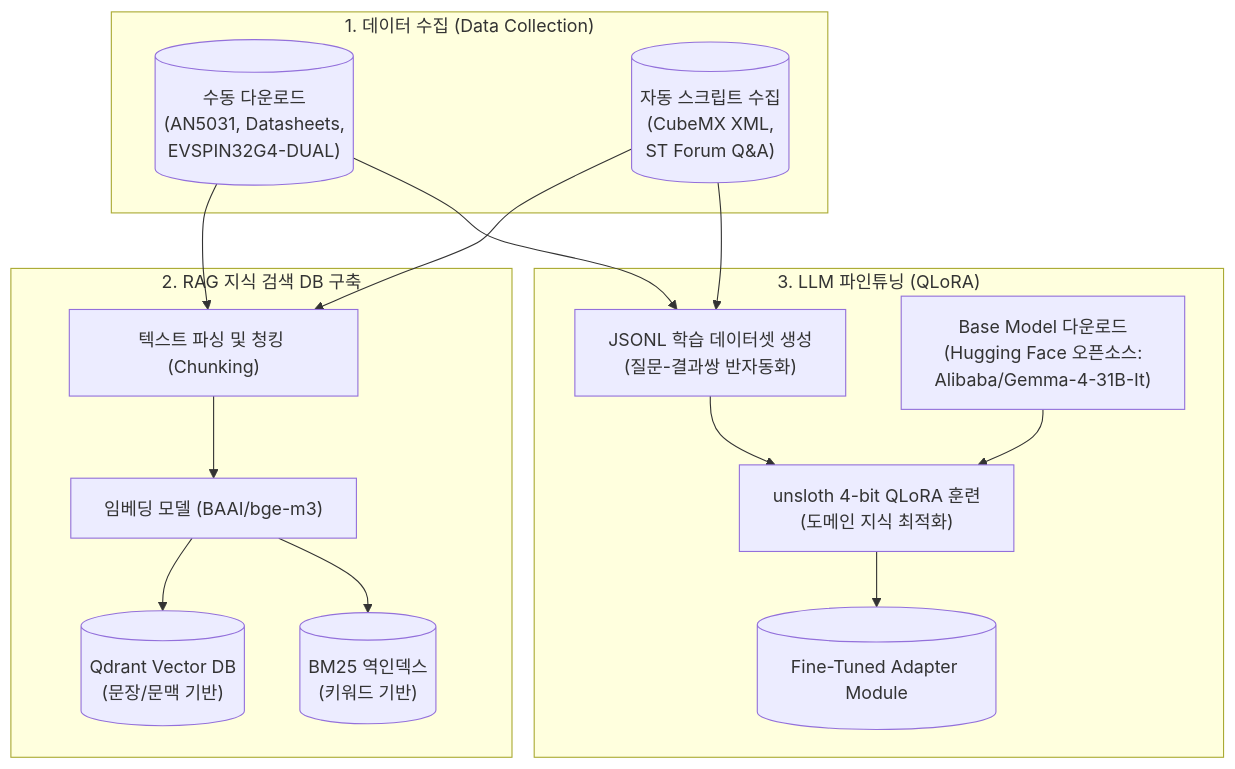
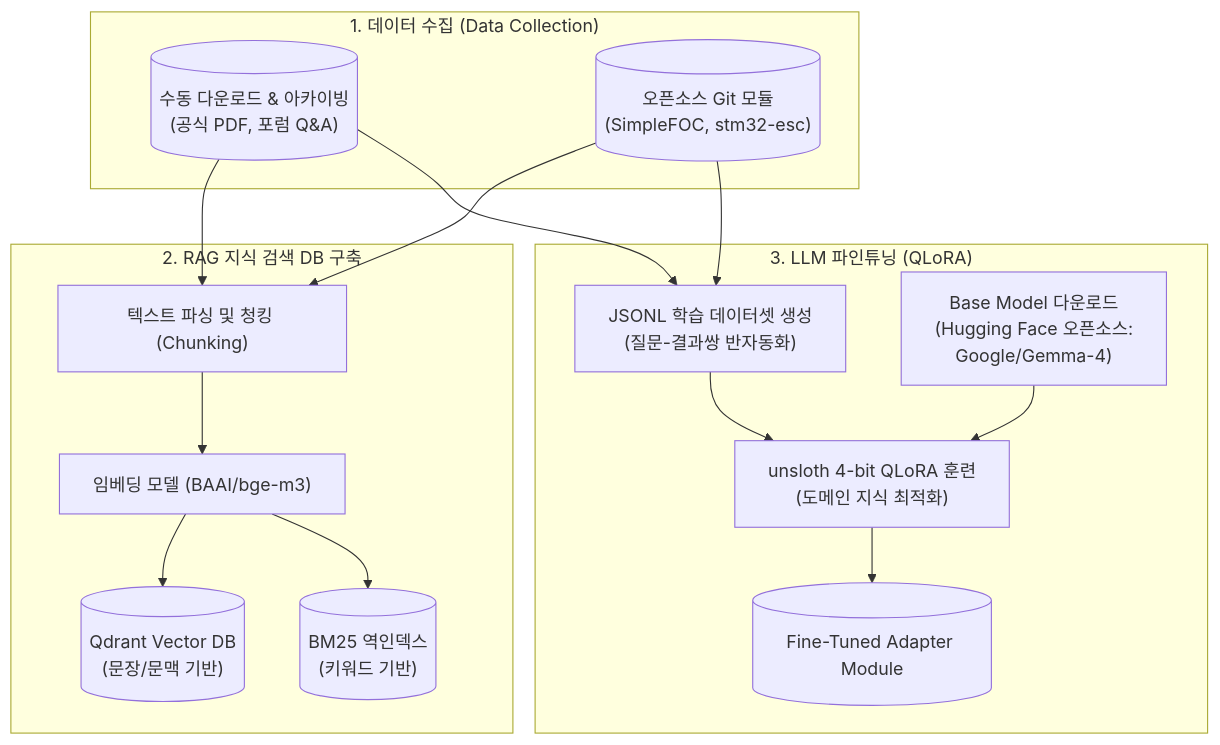
One commit to younlea/MotorDriveForge changed the first of 2 diagrams in work/step1_agent_plan.md. Above: the diagram before and after it, drawn with Mermaid. The commit also changed other lines of this file, not shown here.

Commit message:
docs: Update Mermaid diagram to reflect manual forum gathering and Git module data structure

````diff
--- a/work/step1_agent_plan.md
+++ b/work/step1_agent_plan.md
@@ -138,36 +138,36 @@
 ```mermaid
 flowchart TD
     %% 데이터 수집 병렬 파이프라인
     subgraph DataCollection["1. 데이터 수집 (Data Collection)"]
-        A_Manual[("수동 다운로드\n(AN5031, Datasheets,\nEVSPIN32G4-DUAL)")]
-        A_Script[("자동 스크립트 수집\n(CubeMX XML,\nST Forum Q&A)")]
+        A_Manual[("수동 다운로드 & 아카이빙\n(공식 PDF, 포럼 Q&A)")]
+        A_OpenSource[("오픈소스 Git 모듈\n(SimpleFOC, stm32-esc)")]
     end
 
     %% RAG 체계 구축
     subgraph RAG_Pipeline["2. RAG 지식 검색 DB 구축"]
         B1["텍스트 파싱 및 청킹 (Chunking)"]
         B2["임베딩 모델 (BAAI/bge-m3)"]
         B3[("Qdrant Vector DB\n(문장/문맥 기반)")]
         B4[("BM25 역인덱스\n(키워드 기반)")]
         
         A_Manual --> B1
-        A_Script --> B1
+        A_OpenSource --> B1
         B1 --> B2
         B2 --> B3
         B2 --> B4
     end
 
     %% 파인튜닝 파이프라인
     subgraph FineTuning["3. LLM 파인튜닝 (QLoRA)"]
         C1["JSONL 학습 데이터셋 생성\n(질문-결과쌍 반자동화)"]
-        C2["Base Model 다운로드\n(Hugging Face 오픈소스:\nAlibaba/Gemma-4-31B-It)"]
+        C2["Base Model 다운로드\n(Hugging Face 오픈소스:\nGoogle/Gemma-4)"]
         C3["unsloth 4-bit QLoRA 훈련\n(도메인 지식 최적화)"]
         C4[("Fine-Tuned Adapter Module")]
         
-        A_Script --> C1
+        A_OpenSource --> C1
         A_Manual --> C1
         C2 --> C3
         C1 --> C3
         C3 --> C4
     end
 ```
````
